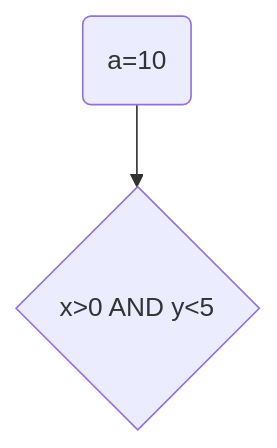
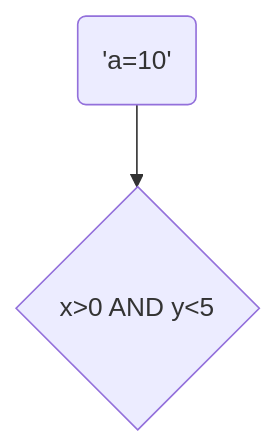
One commit to happimaker/lecture001 changed the sixth of 6 diagrams in docs/README.md. Above: the diagram before and after it, drawn with Mermaid.

````diff
--- a/docs/README.md
+++ b/docs/README.md
@@ -477,4 +477,4 @@
 ```mermaid
 graph TD
-    a(a=10) --> d{"x>0 AND y<5"}
+    a('a=10') --> d{"x>0 AND y<5"}
 ```
````
